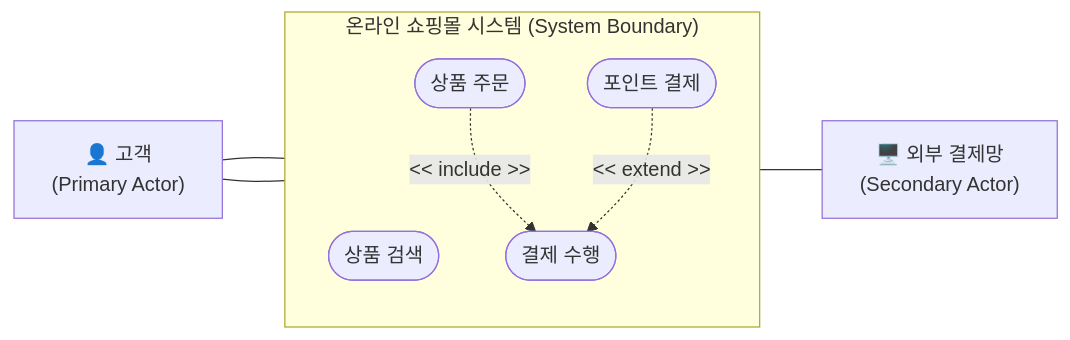
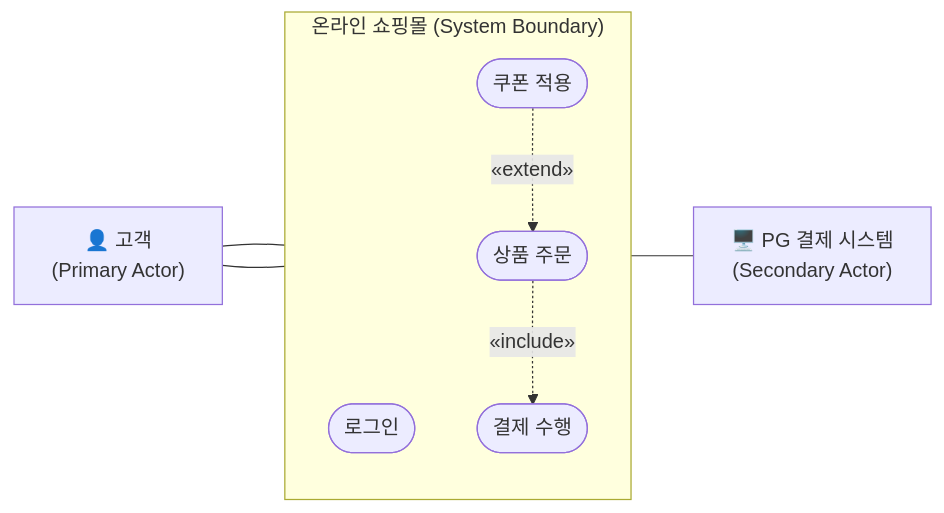
One commit to supremethumb/supremethumb.github.io changed the diagram in content/01_IT Tech/유즈케이스 다이어그램.md. Above: the diagram before and after it, drawn with Mermaid. The commit also changed other lines of this file and 1087 other files, not shown here.

````diff
--- a/content/01_IT Tech/유즈케이스 다이어그램.md
+++ b/content/01_IT Tech/유즈케이스 다이어그램.md
@@ -26,20 +35,19 @@
 ```mermaid
 flowchart LR
     Customer["👤 고객<br/>(Primary Actor)"]
-    PG["🖥️ 외부 결제망<br/>(Secondary Actor)"]
+    PG["🖥️ PG 결제 시스템<br/>(Secondary Actor)"]
 
-    subgraph SystemBoundary["온라인 쇼핑몰 시스템 (System Boundary)"]
+    subgraph SystemBoundary["온라인 쇼핑몰 (System Boundary)"]
         direction TB
-        UC1(["상품 검색"])
+        UC1(["로그인"])
         UC2(["상품 주문"])
         UC3(["결제 수행"])
-        UC4(["포인트 결제"])
+        UC4(["쿠폰 적용"])
     end
 
     Customer --- UC1
     Customer --- UC2
-    UC2 -. "<< include >>" .-> UC3
-    UC4 -. "<< extend >>" .-> UC3
+    UC2 -. "«include»" .-> UC3
+    UC4 -. "«extend»" .-> UC2
     UC3 --- PG
-
 ```
````
